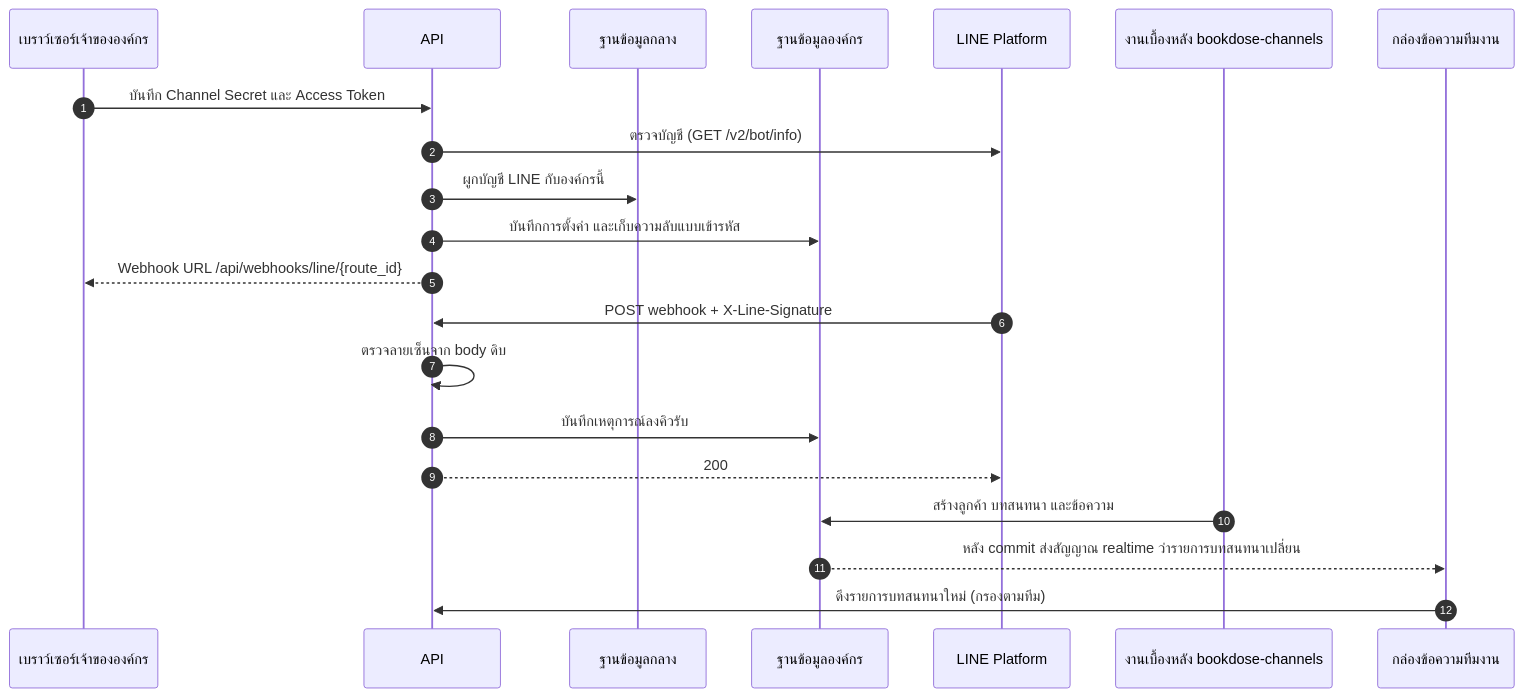
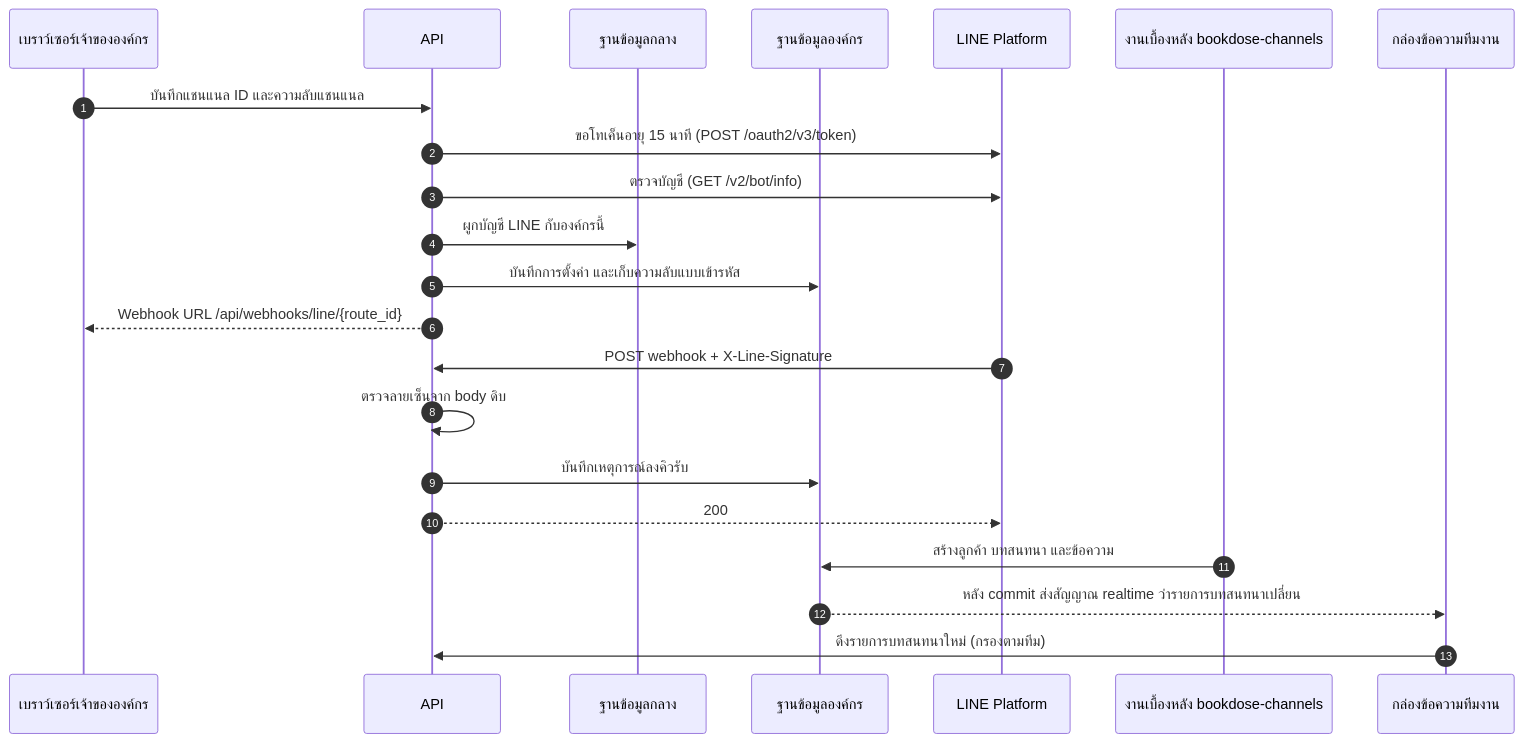
One commit to MildRinrada/Bookdose-Customer-Service changed the third of 3 diagrams in docs/architecture.md. Above: the diagram before and after it, drawn with Mermaid. The commit also changed 50 other files, not shown here.

````diff
--- a/docs/architecture.md
+++ b/docs/architecture.md
@@ -215,25 +215,26 @@
 ```mermaid
 sequenceDiagram
     autonumber
     participant AB as เบราว์เซอร์เจ้าขององค์กร
     participant API as API
     participant CDB as ฐานข้อมูลกลาง
     participant TDB as ฐานข้อมูลองค์กร
     participant LINE as LINE Platform
     participant W as งานเบื้องหลัง bookdose-channels
     participant IB as กล่องข้อความทีมงาน
 
-    AB->>API: บันทึก Channel Secret และ Access Token
+    AB->>API: บันทึกแชนแนล ID และความลับแชนแนล
+    API->>LINE: ขอโทเค็นอายุ 15 นาที (POST /oauth2/v3/token)
     API->>LINE: ตรวจบัญชี (GET /v2/bot/info)
     API->>CDB: ผูกบัญชี LINE กับองค์กรนี้
     API->>TDB: บันทึกการตั้งค่า และเก็บความลับแบบเข้ารหัส
     API-->>AB: Webhook URL /api/webhooks/line/{route_id}
 
     LINE->>API: POST webhook + X-Line-Signature
     API->>API: ตรวจลายเซ็นจาก body ดิบ
     API->>TDB: บันทึกเหตุการณ์ลงคิวรับ
     API-->>LINE: 200
     W->>TDB: สร้างลูกค้า บทสนทนา และข้อความ
     TDB-->>IB: หลัง commit ส่งสัญญาณ realtime ว่ารายการบทสนทนาเปลี่ยน
     IB->>API: ดึงรายการบทสนทนาใหม่ (กรองตามทีม)
 ```
````
